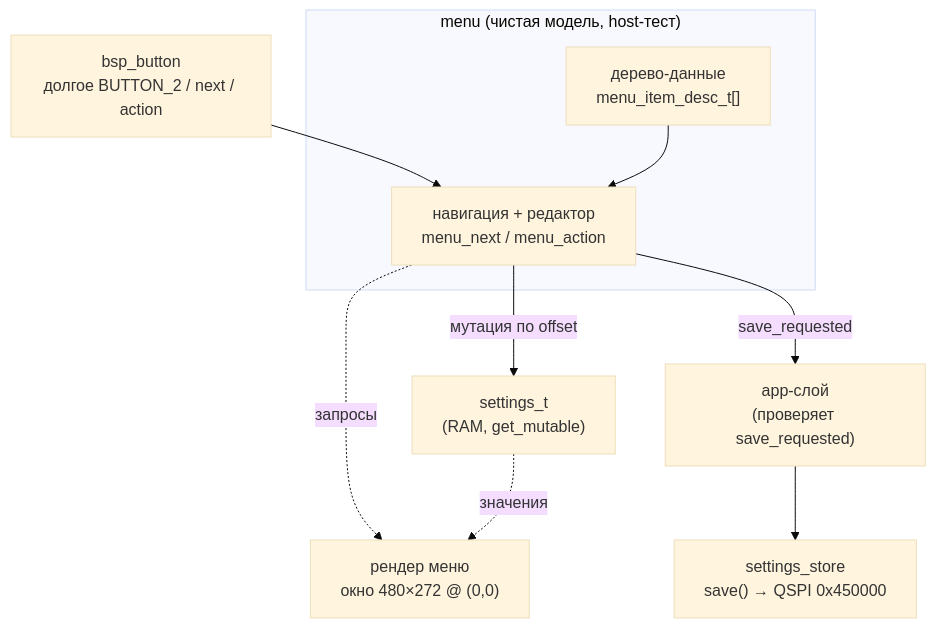
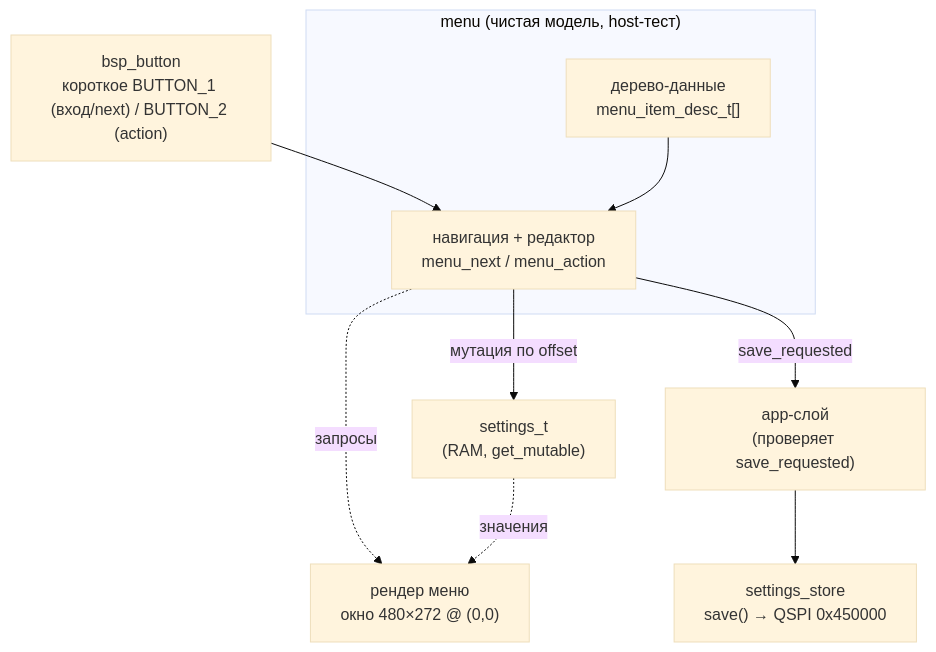
The first of 4 diagrams in docs/tft_app/MENU.md (OSabuser/tft_manufacture_test), drawn with Mermaid (base theme) before and after one commit. The commit also changed other lines of this file and 21 other files, not shown here.

````diff
--- a/docs/tft_app/MENU.md
+++ b/docs/tft_app/MENU.md
@@ -18,20 +19,20 @@
 ```mermaid
 flowchart TB
-    BTN["bsp_button<br/>долгое BUTTON_2 / next / action"]
+    BTN["bsp_button<br/>короткое BUTTON_1 (вход/next) / BUTTON_2 (action)"]
     subgraph MODEL["menu (чистая модель, host-тест)"]
         TREE["дерево-данные<br/>menu_item_desc_t[]"]
         NAV["навигация + редактор<br/>menu_next / menu_action"]
     end
     SET["settings_t<br/>(RAM, get_mutable)"]
     APP["app-слой<br/>(проверяет save_requested)"]
     STORE["settings_store<br/>save() → QSPI 0x450000"]
     REND["рендер меню<br/>окно 480×272 @ (0,0)"]
 
     BTN --> NAV
     TREE --> NAV
     NAV -->|"мутация по offset"| SET
     NAV -->|"save_requested"| APP
     APP --> STORE
     NAV -.запросы.-> REND
     SET -.значения.-> REND
 ```
````
